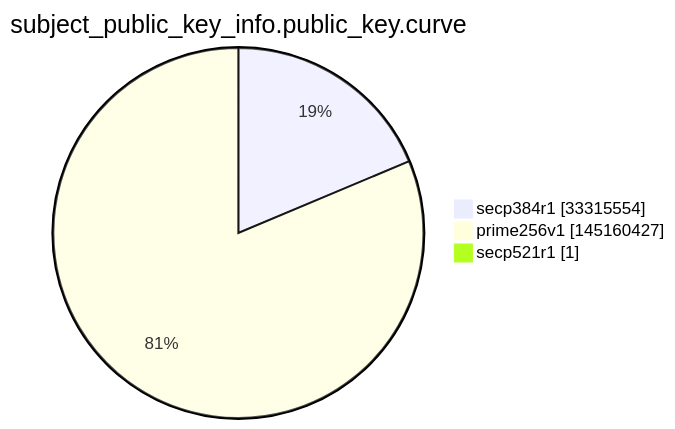
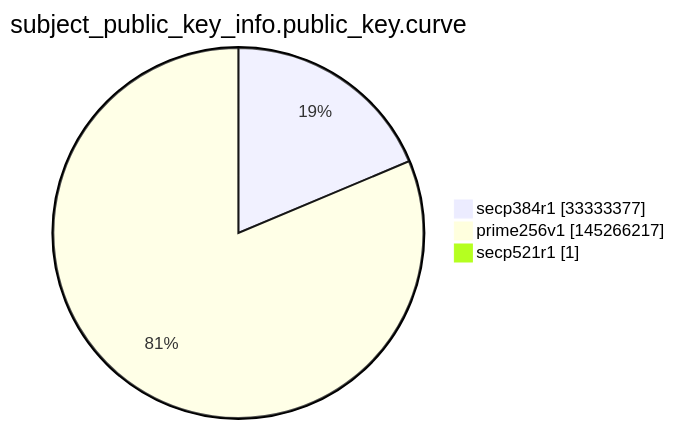
The ninth of 15 diagrams in argon2022/README.md (christiankrug/ctmonitor_visualization), drawn with Mermaid before and after one commit. The commit also changed other lines of this file, not shown here.

````diff
--- a/argon2022/README.md
+++ b/argon2022/README.md
@@ -2764,7 +2764,7 @@
 ```mermaid
 pie showData
 title subject_public_key_info.public_key.curve
-"secp384r1" :33315554
-"prime256v1" :145160427
+"secp384r1" :33333377
+"prime256v1" :145266217
 "secp521r1" :1
 ```
````
